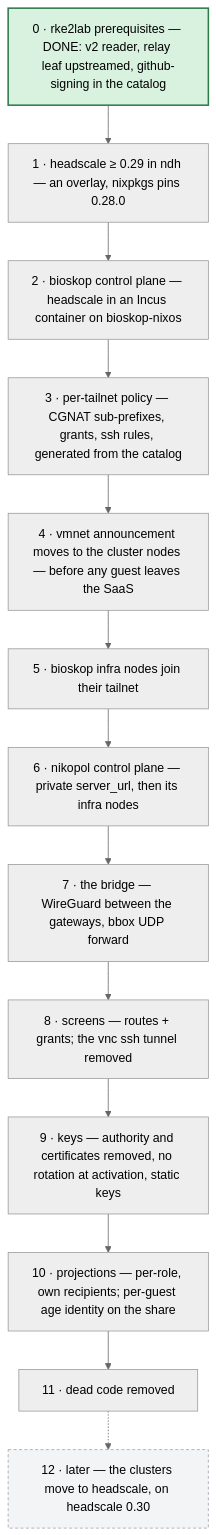
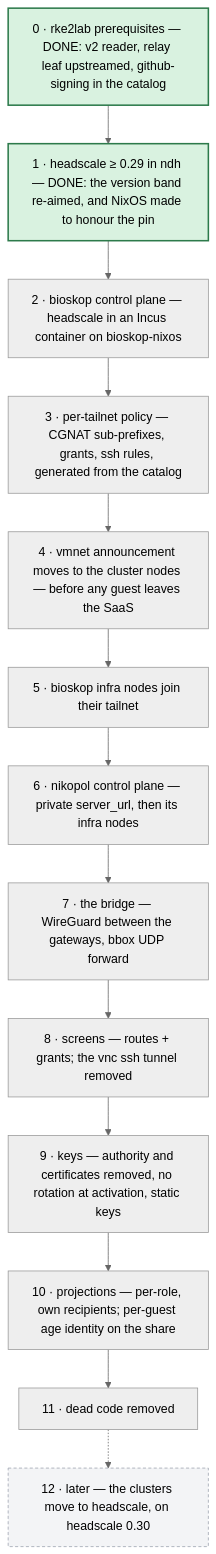
One commit to seedmatic/rke2lab changed the sixth of 6 diagrams in docs/architecture/atlas/fabric-control-plane.adoc. Above: the diagram before and after it, drawn with Mermaid (neutral theme). The commit also changed other lines of this file, not shown here.

First line of the commit message:
docs(atlas): steps 1 and 3 landed in ndh — and the ssh repair that came with them

```diff
--- a/docs/architecture/atlas/fabric-control-plane.adoc
+++ b/docs/architecture/atlas/fabric-control-plane.adoc
@@ -206,21 +206,21 @@
 [mermaid]
 ....
 flowchart TB
   s0["0 · rke2lab prerequisites — DONE: v2 reader, relay leaf upstreamed, github-signing in the catalog"]:::done
-  s1["1 · headscale ≥ 0.29 in ndh — an overlay, nixpkgs pins 0.28.0"]
+  s1["1 · headscale ≥ 0.29 in ndh — DONE: the version band re-aimed, and NixOS made to honour the pin"]:::done
   s2["2 · bioskop control plane — headscale in an Incus container on bioskop-nixos"]
   s3["3 · per-tailnet policy — CGNAT sub-prefixes, grants, ssh rules, generated from the catalog"]
   s4["4 · vmnet announcement moves to the cluster nodes — before any guest leaves the SaaS"]
   s5["5 · bioskop infra nodes join their tailnet"]
   s6["6 · nikopol control plane — private server_url, then its infra nodes"]
   s7["7 · the bridge — WireGuard between the gateways, bbox UDP forward"]
   s8["8 · screens — routes + grants; the vnc ssh tunnel removed"]
   s9["9 · keys — authority and certificates removed, no rotation at activation, static keys"]
   s10["10 · projections — per-role, own recipients; per-guest age identity on the share"]
   s11["11 · dead code removed"]
   s12["12 · later — the clusters move to headscale, on headscale 0.30"]:::later
   s0 --> s1 --> s2 --> s3 --> s4 --> s5 --> s6 --> s7 --> s8 --> s9 --> s10 --> s11 -.-> s12
 
   classDef done fill:#d9f2e0,stroke:#2d7a4b,stroke-width:2px;
   classDef later fill:#f3f4f6,stroke:#9ca3af,stroke-dasharray:4 3;
 ....
```
